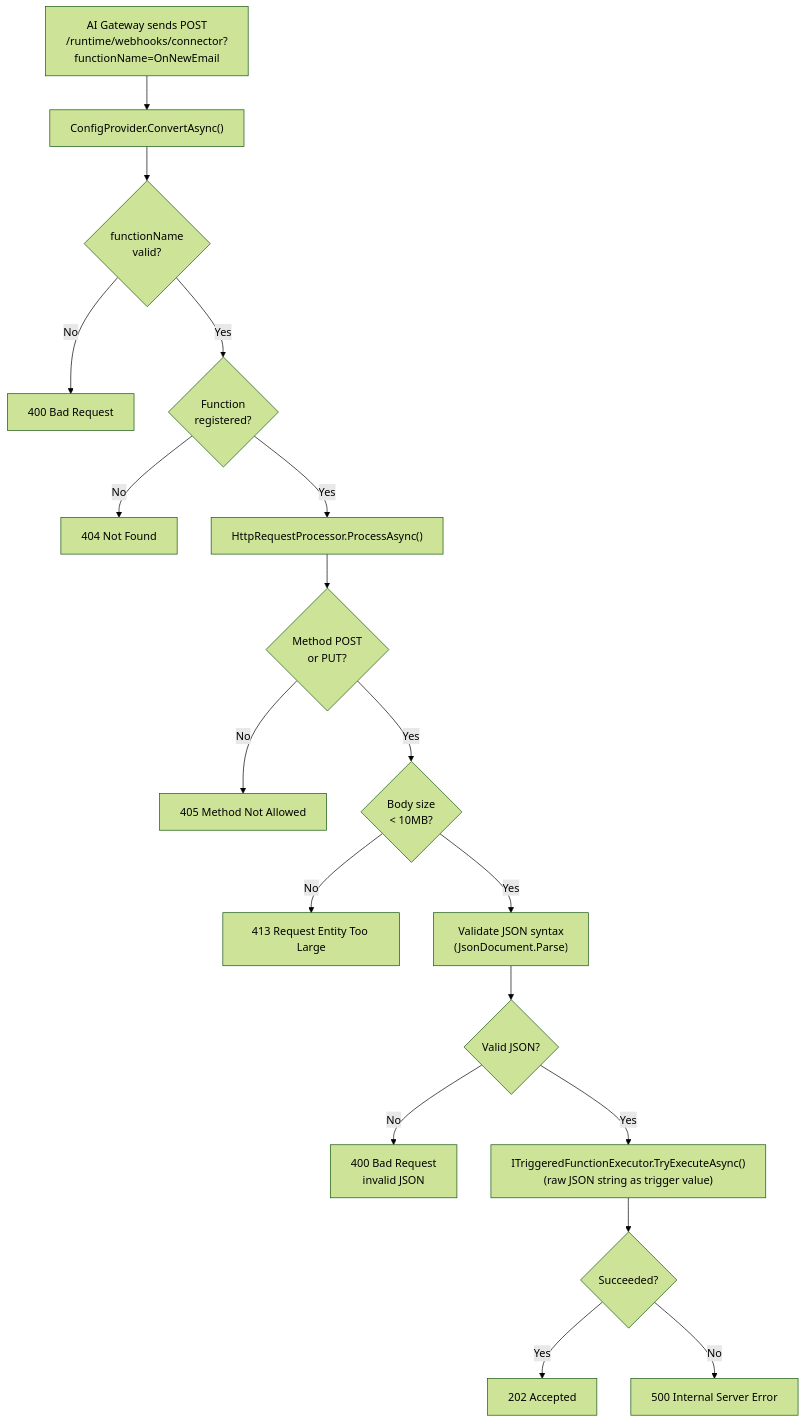
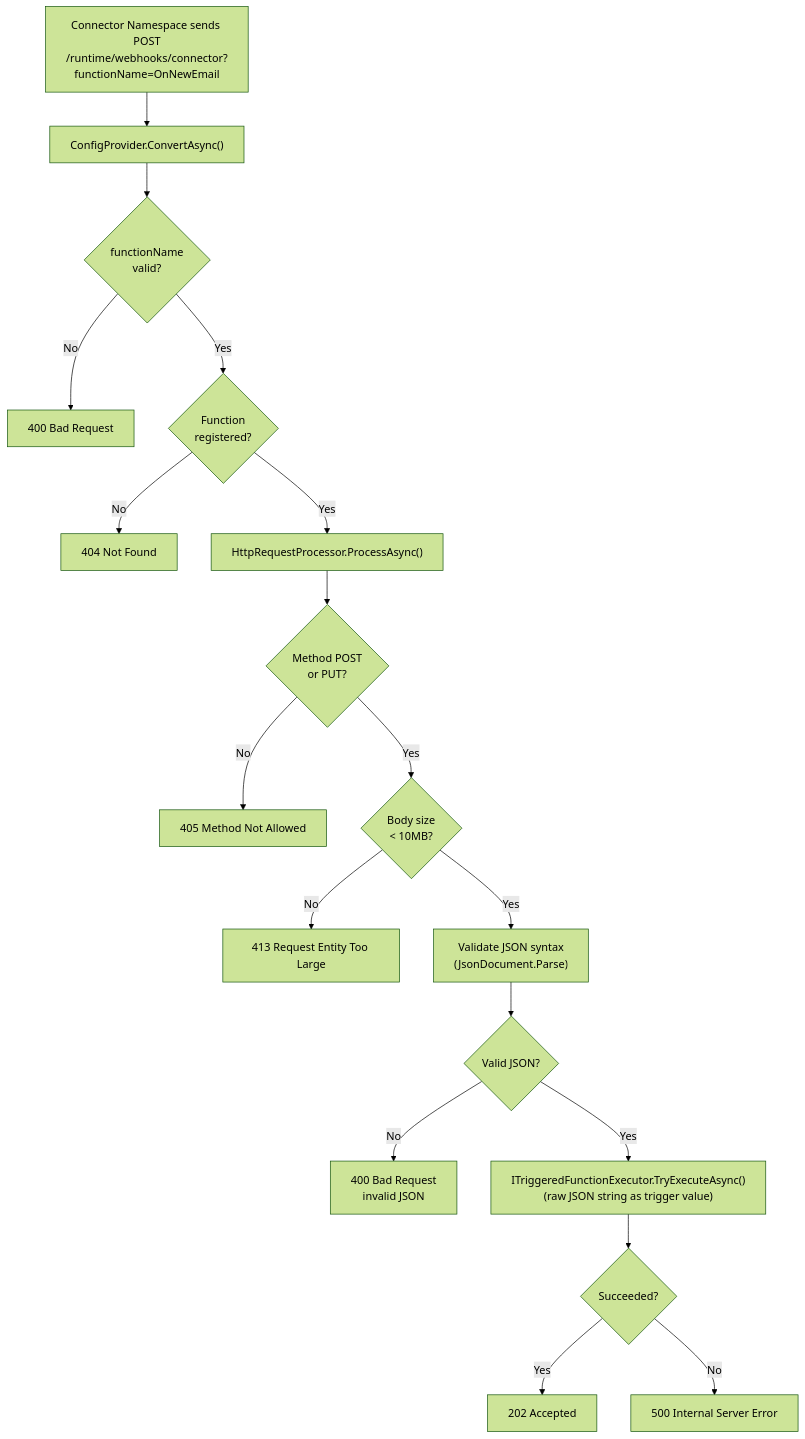
Before and after one commit to Azure/azure-functions-connector-extension: the fourth of 5 diagrams in docs/connector-extension-design.md, drawn with Mermaid (forest theme). The commit also changed other lines of this file and 3 other files, not shown here.

````diff
--- a/docs/connector-extension-design.md
+++ b/docs/connector-extension-design.md
@@ -230,20 +222,20 @@
 ```mermaid
 flowchart TD
-    A["AI Gateway sends POST<br/>/runtime/webhooks/connector?functionName=OnNewEmail"] --> B["ConfigProvider.ConvertAsync()"]
+    A["Connector Namespace sends POST<br/>/runtime/webhooks/connector?functionName=OnNewEmail"] --> B["ConfigProvider.ConvertAsync()"]
     B --> C{"functionName<br/>valid?"}
     C -->|No| D["400 Bad Request"]
     C -->|Yes| E{"Function<br/>registered?"}
     E -->|No| F["404 Not Found"]
     E -->|Yes| G["HttpRequestProcessor.ProcessAsync()"]
     G --> H{"Method POST<br/>or PUT?"}
     H -->|No| I["405 Method Not Allowed"]
     H -->|Yes| J{"Body size<br/>< 10MB?"}
     J -->|No| K["413 Request Entity Too Large"]
     J -->|Yes| L["Validate JSON syntax<br/>(JsonDocument.Parse)"]
     L --> L2{"Valid JSON?"}
     L2 -->|No| L3["400 Bad Request<br/>invalid JSON"]
     L2 -->|Yes| M["ITriggeredFunctionExecutor.TryExecuteAsync()<br/>(raw JSON string as trigger value)"]
     M --> N{"Succeeded?"}
     N -->|Yes| O["202 Accepted"]
     N -->|No| P["500 Internal Server Error"]
 ```
````
